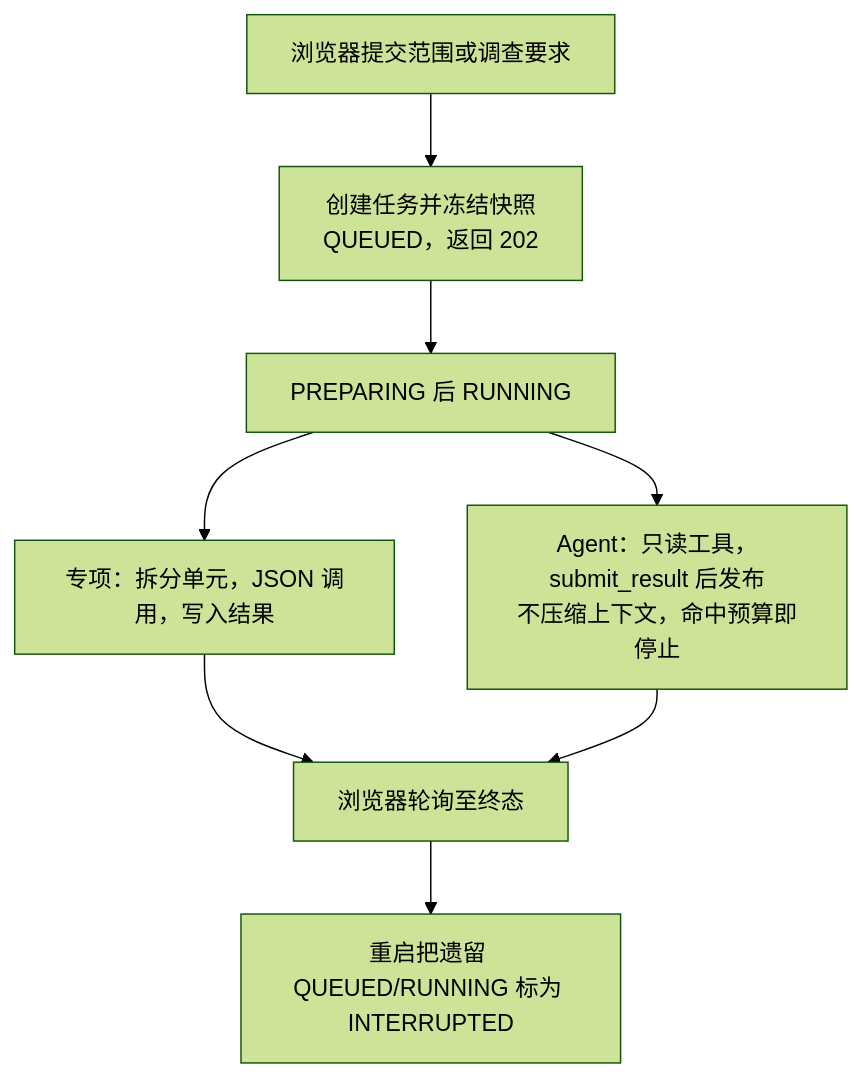
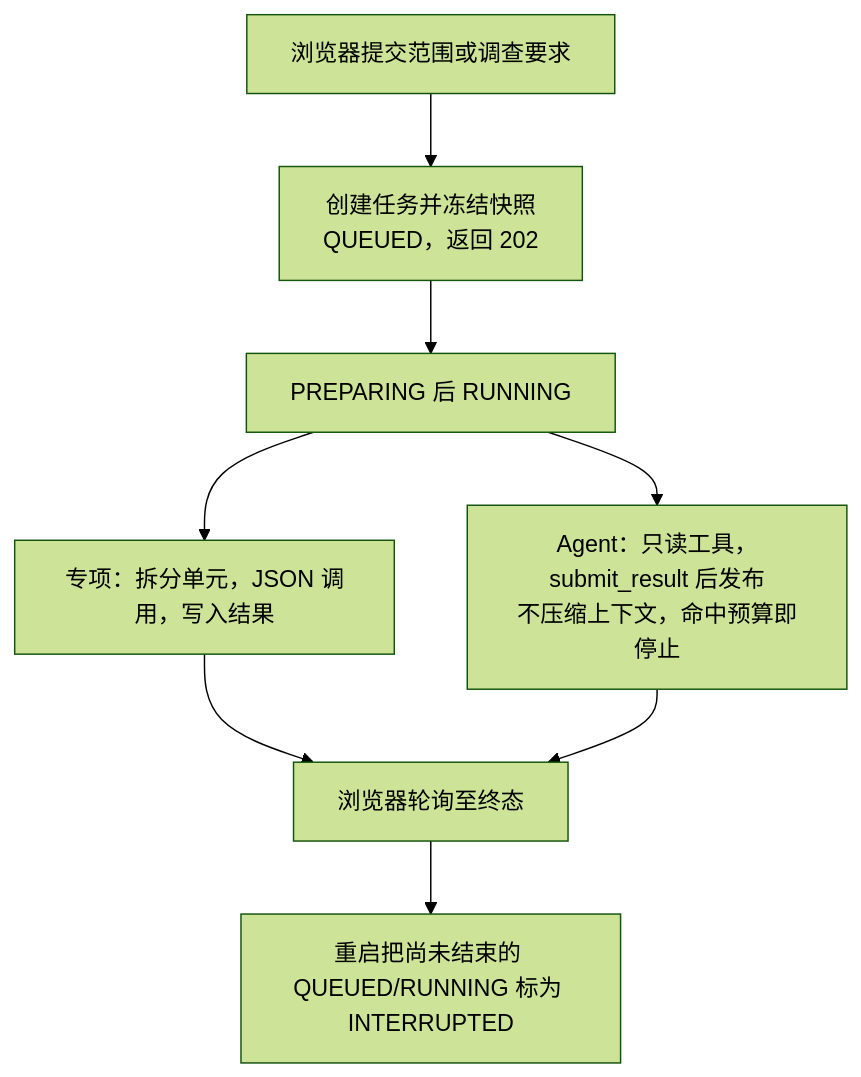
The diagram in docs/delivery/dev-20261013/figures/review-sequence.mmd (bakemonoingithub/codereview), drawn with Mermaid (forest theme) before and after one commit. The commit also changed 15 other files, not shown here.

```diff
--- a/docs/delivery/dev-20261013/figures/review-sequence.mmd
+++ b/docs/delivery/dev-20261013/figures/review-sequence.mmd
@@ -1,8 +1,8 @@
 flowchart TB
   U["浏览器提交范围或调查要求"] --> S["创建任务并冻结快照<br/>QUEUED，返回 202"]
   S --> R["PREPARING 后 RUNNING"]
   R --> SP["专项：拆分单元，JSON 调用，写入结果"]
   R --> AG["Agent：只读工具，submit_result 后发布<br/>不压缩上下文，命中预算即停止"]
   SP --> P["浏览器轮询至终态"]
   AG --> P
-  P --> N["重启把遗留 QUEUED/RUNNING 标为 INTERRUPTED"]
+  P --> N["重启把尚未结束的 QUEUED/RUNNING 标为 INTERRUPTED"]
```
